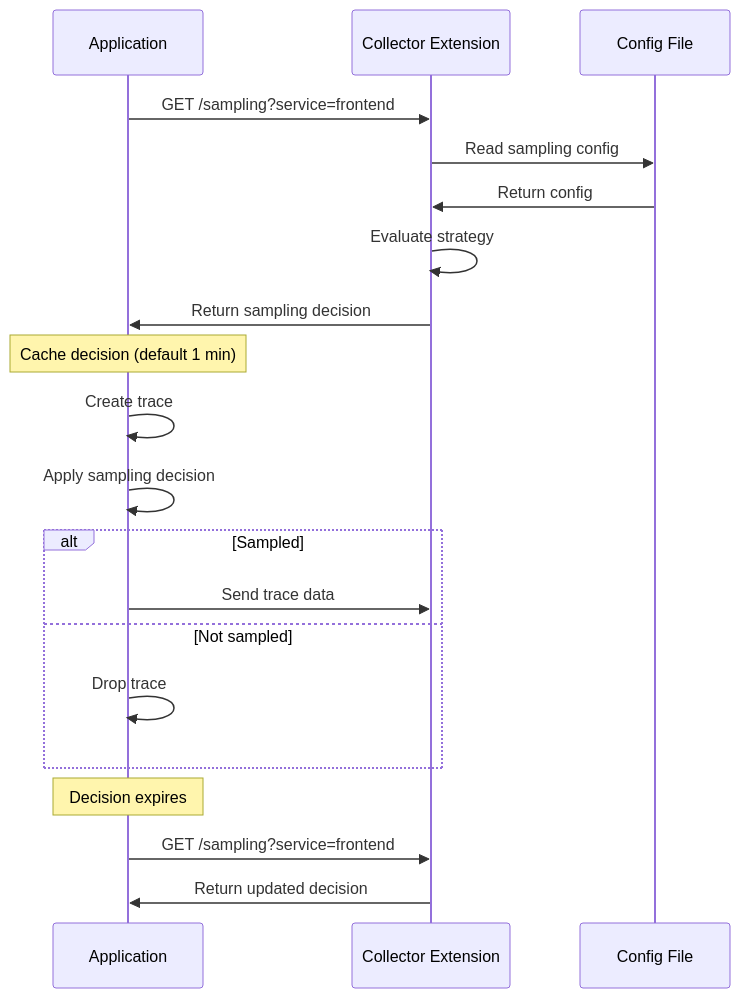
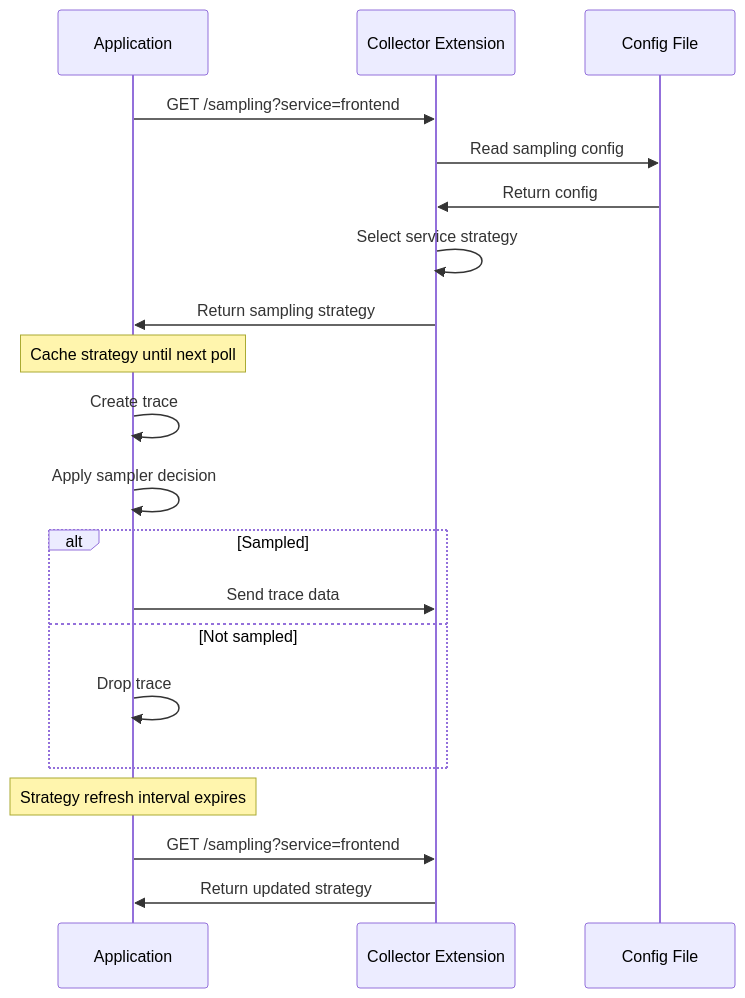
One commit to OneUptime/blog changed the first of 2 diagrams in posts/2026-02-06-jaeger-remote-sampling-extension-opentelemetry-collector/README.md. Above: the diagram before and after it, drawn with Mermaid. The commit also changed other lines of this file and 2 other files, not shown here.

Commit message:
validate: 2026-02-06-jaeger-remote-sampling-extension-opentelemetry-collector

````diff
--- a/posts/2026-02-06-jaeger-remote-sampling-extension-opentelemetry-collector/README.md
+++ b/posts/2026-02-06-jaeger-remote-sampling-extension-opentelemetry-collector/README.md
@@ -199,28 +200,28 @@
 ```mermaid
 sequenceDiagram
     participant A as Application
     participant C as Collector Extension
     participant F as Config File
 
     A->>C: GET /sampling?service=frontend
     C->>F: Read sampling config
     F->>C: Return config
-    C->>C: Evaluate strategy
-    C->>A: Return sampling decision
+    C->>C: Select service strategy
+    C->>A: Return sampling strategy
 
-    Note over A: Cache decision (default 1 min)
+    Note over A: Cache strategy until next poll
 
     A->>A: Create trace
-    A->>A: Apply sampling decision
+    A->>A: Apply sampler decision
 
     alt Sampled
         A->>C: Send trace data
     else Not sampled
         A->>A: Drop trace
     end
 
-    Note over A: Decision expires
+    Note over A: Strategy refresh interval expires
 
     A->>C: GET /sampling?service=frontend
-    C->>A: Return updated decision
+    C->>A: Return updated strategy
 ```
````
